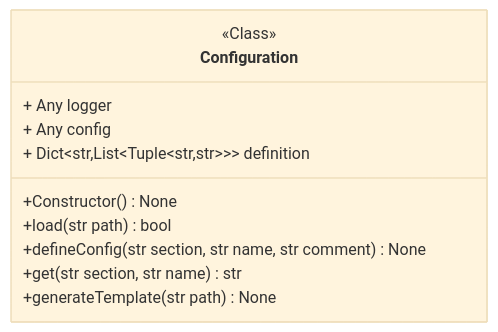
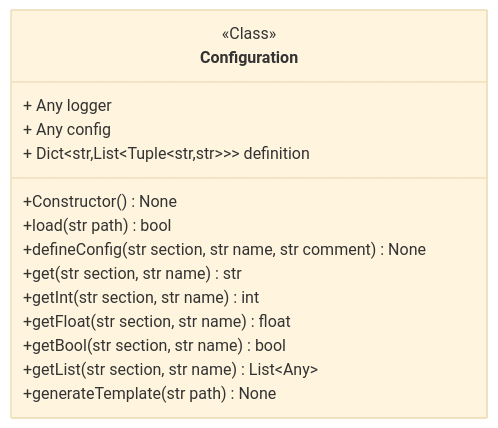
Before and after one commit to miong/pycodeanalyzer: the diagram in docs/source/code/diagrams/pycodeanalyzer_core_configuration_configuration_Configuration.mmd, drawn with Mermaid (base theme). The commit also changed 8 other files, not shown here.

```diff
--- a/docs/source/code/diagrams/pycodeanalyzer_core_configuration_configuration_Configuration.mmd
+++ b/docs/source/code/diagrams/pycodeanalyzer_core_configuration_configuration_Configuration.mmd
@@ -1,12 +1,16 @@
 classDiagram
 class Configuration {
 <<Class>>
 + Any logger
 + Any config
 + Dict&lt;str,List&lt;Tuple&lt;str,str&gt;&gt;&gt; definition
 +Constructor() None
 +load(str path) bool
 +defineConfig(str section, str name, str comment) None
 +get(str section, str name) str
++getInt(str section, str name) int
++getFloat(str section, str name) float
++getBool(str section, str name) bool
++getList(str section, str name) List~Any~
 +generateTemplate(str path) None
 }
```
